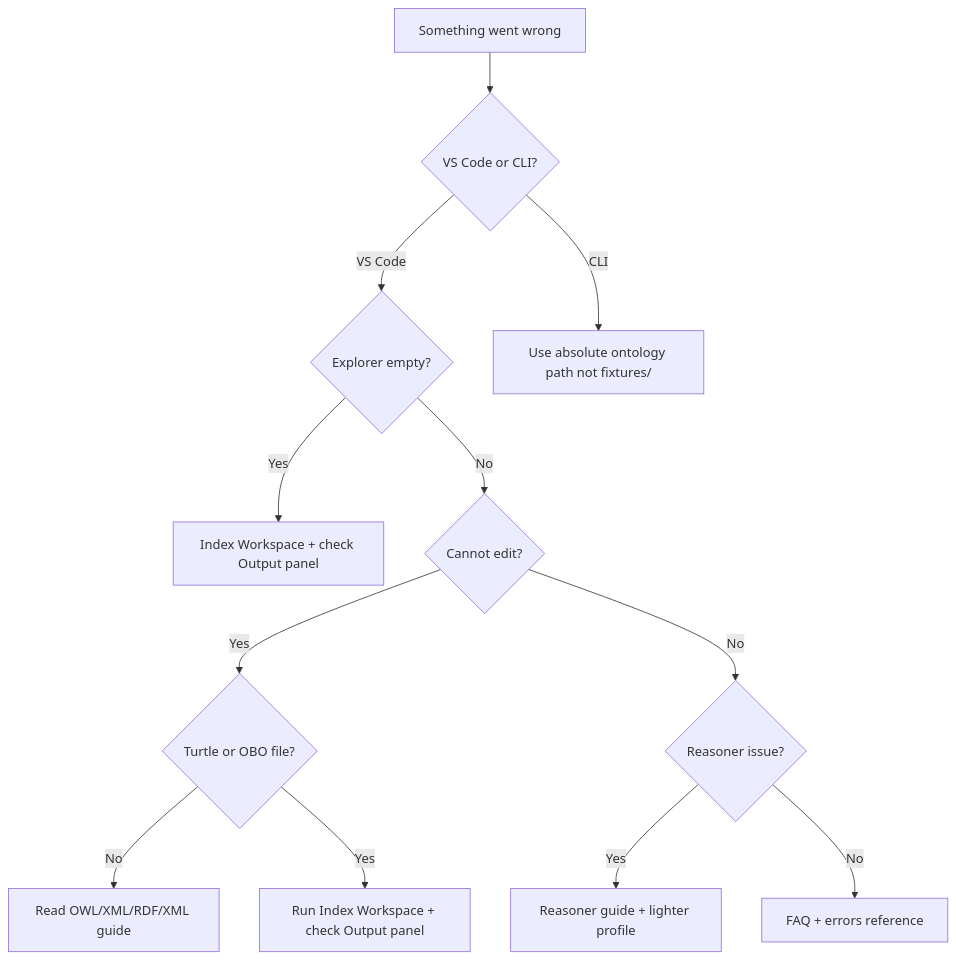
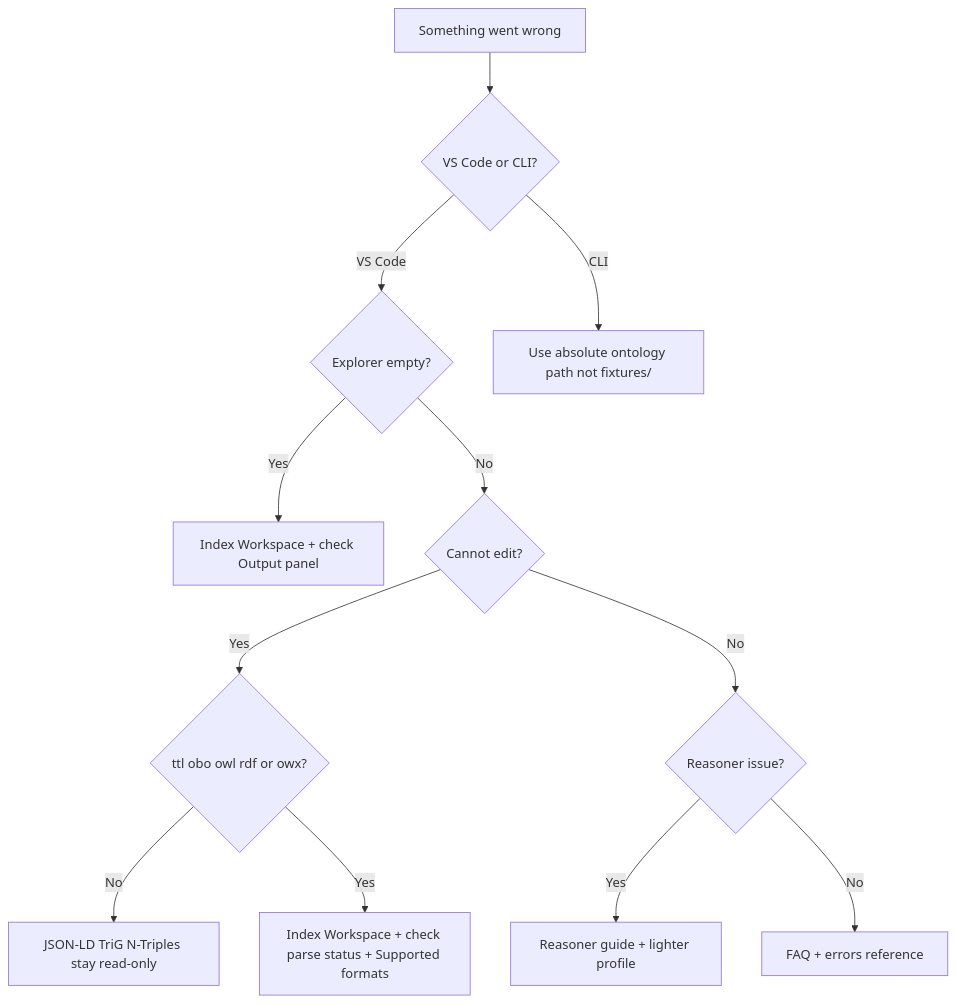
The diagram in docs/troubleshooting.md (eddiethedean/ontocode), drawn with Mermaid before and after one commit. The commit also changed other lines of this file and 47 other files, not shown here.

````diff
--- a/docs/troubleshooting.md
+++ b/docs/troubleshooting.md
@@ -27,15 +27,15 @@
 ```mermaid
 flowchart TD
   start[Something went wrong]
   start --> vscode{VS Code or CLI?}
   vscode -->|VS Code| empty{Explorer empty?}
   vscode -->|CLI| cliFix[Use absolute ontology path not fixtures/]
   empty -->|Yes| indexWs[Index Workspace + check Output panel]
   empty -->|No| edit{Cannot edit?}
-  edit -->|Yes| formatCheck{Turtle or OBO file?}
-  formatCheck -->|No| owlXml[Read OWL/XML/RDF/XML guide]
-  formatCheck -->|Yes| reindex[Run Index Workspace + check Output panel]
+  edit -->|Yes| formatCheck{ttl obo owl rdf or owx?}
+  formatCheck -->|No| readOnly[JSON-LD TriG N-Triples stay read-only]
+  formatCheck -->|Yes| reindex[Index Workspace + check parse status + Supported formats]
   edit -->|No| reasoner{Reasoner issue?}
   reasoner -->|Yes| reasonerGuide[Reasoner guide + lighter profile]
   reasoner -->|No| faq[FAQ + errors reference]
 ```
````
